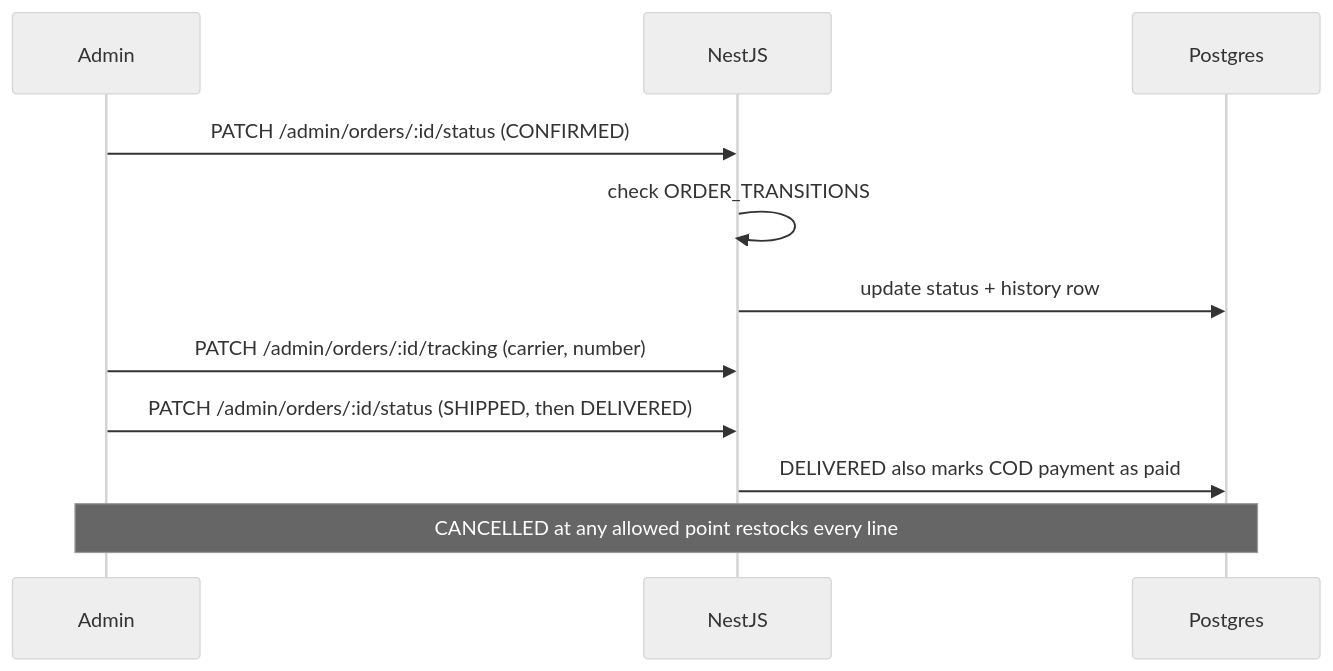
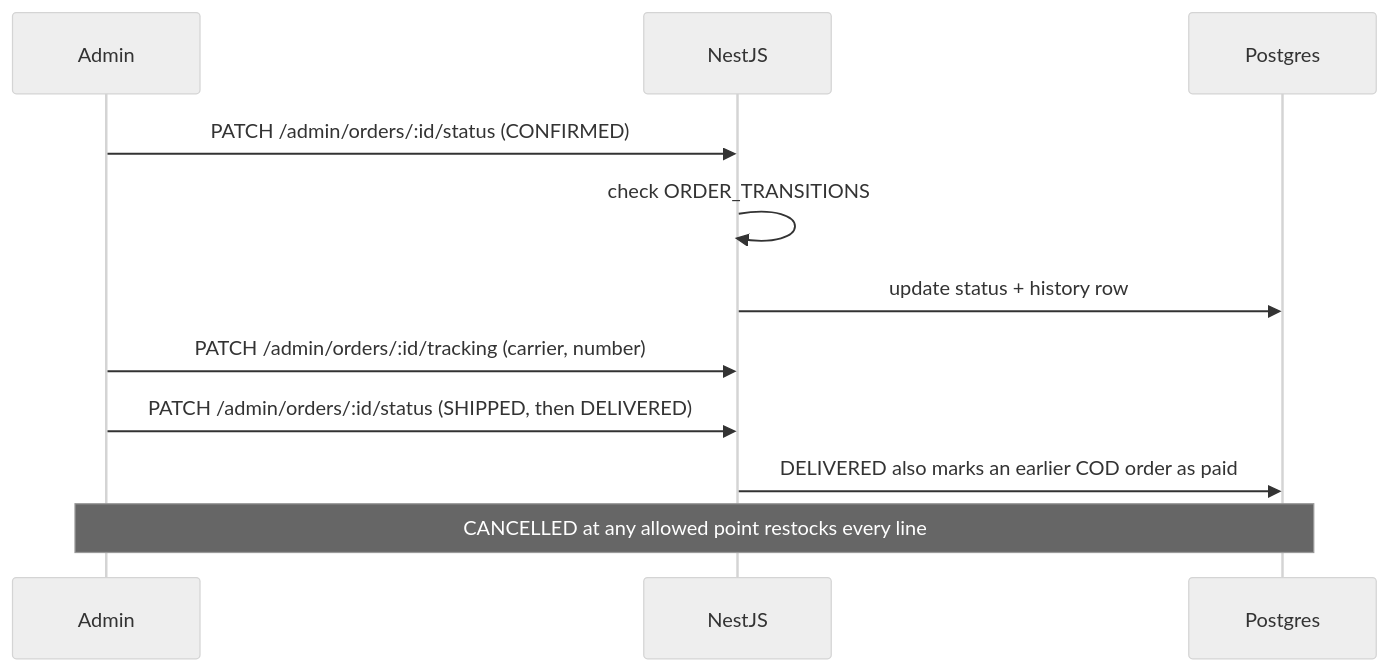
The fifth of 5 diagrams in design.md (QaziMaaz2003/KorganoTech), drawn with Mermaid (neutral theme) before and after one commit. The commit also changed other lines of this file and 90 other files, not shown here.

````diff
--- a/design.md
+++ b/design.md
@@ -428,13 +434,13 @@
 ```mermaid
 sequenceDiagram
     participant A as Admin
     participant B as NestJS
     participant D as Postgres
     A->>B: PATCH /admin/orders/:id/status (CONFIRMED)
     B->>B: check ORDER_TRANSITIONS
     B->>D: update status + history row
     A->>B: PATCH /admin/orders/:id/tracking (carrier, number)
     A->>B: PATCH /admin/orders/:id/status (SHIPPED, then DELIVERED)
-    B->>D: DELIVERED also marks COD payment as paid
+    B->>D: DELIVERED also marks an earlier COD order as paid
     Note over A,D: CANCELLED at any allowed point restocks every line
 ```
````
